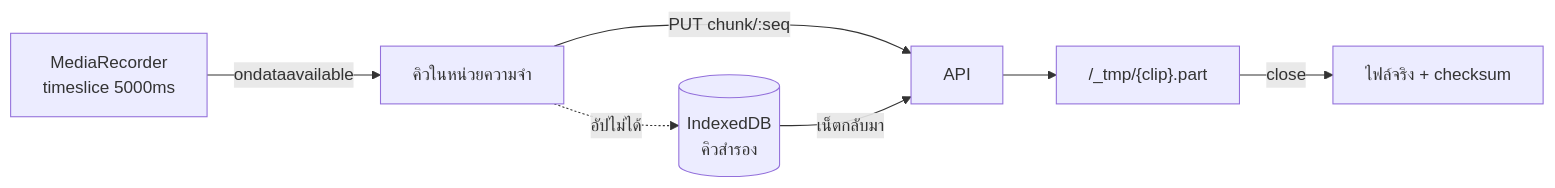
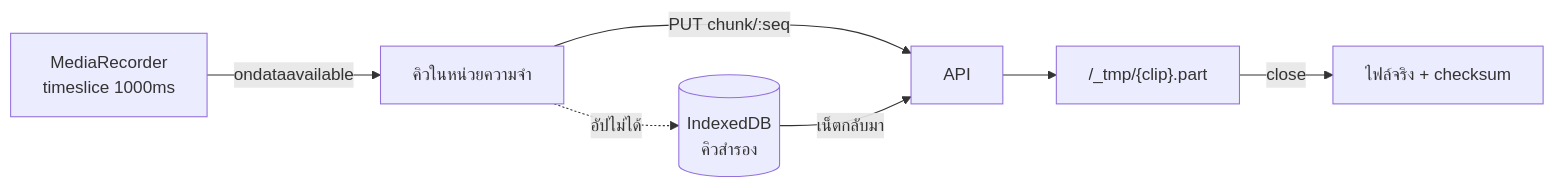
The sixth of 8 diagrams in docs/design.md (Pingevo/packvideo), drawn with Mermaid before and after one commit. The commit also changed other lines of this file and 3 other files, not shown here.

````diff
--- a/docs/design.md
+++ b/docs/design.md
@@ -462,9 +466,9 @@
 ```mermaid
 graph LR
-  MR["MediaRecorder<br/>timeslice 5000ms"] -->|"ondataavailable"| Q["คิวในหน่วยความจำ"]
+  MR["MediaRecorder<br/>timeslice 1000ms"] -->|"ondataavailable"| Q["คิวในหน่วยความจำ"]
   Q -->|"PUT chunk/:seq"| API
   Q -.->|"อัปไม่ได้"| IDB[("IndexedDB<br/>คิวสำรอง")]
   IDB -->|"เน็ตกลับมา"| API
   API --> PART["/_tmp/{clip}.part"]
   PART -->|"close"| FINAL["ไฟล์จริง + checksum"]
 ```
````
